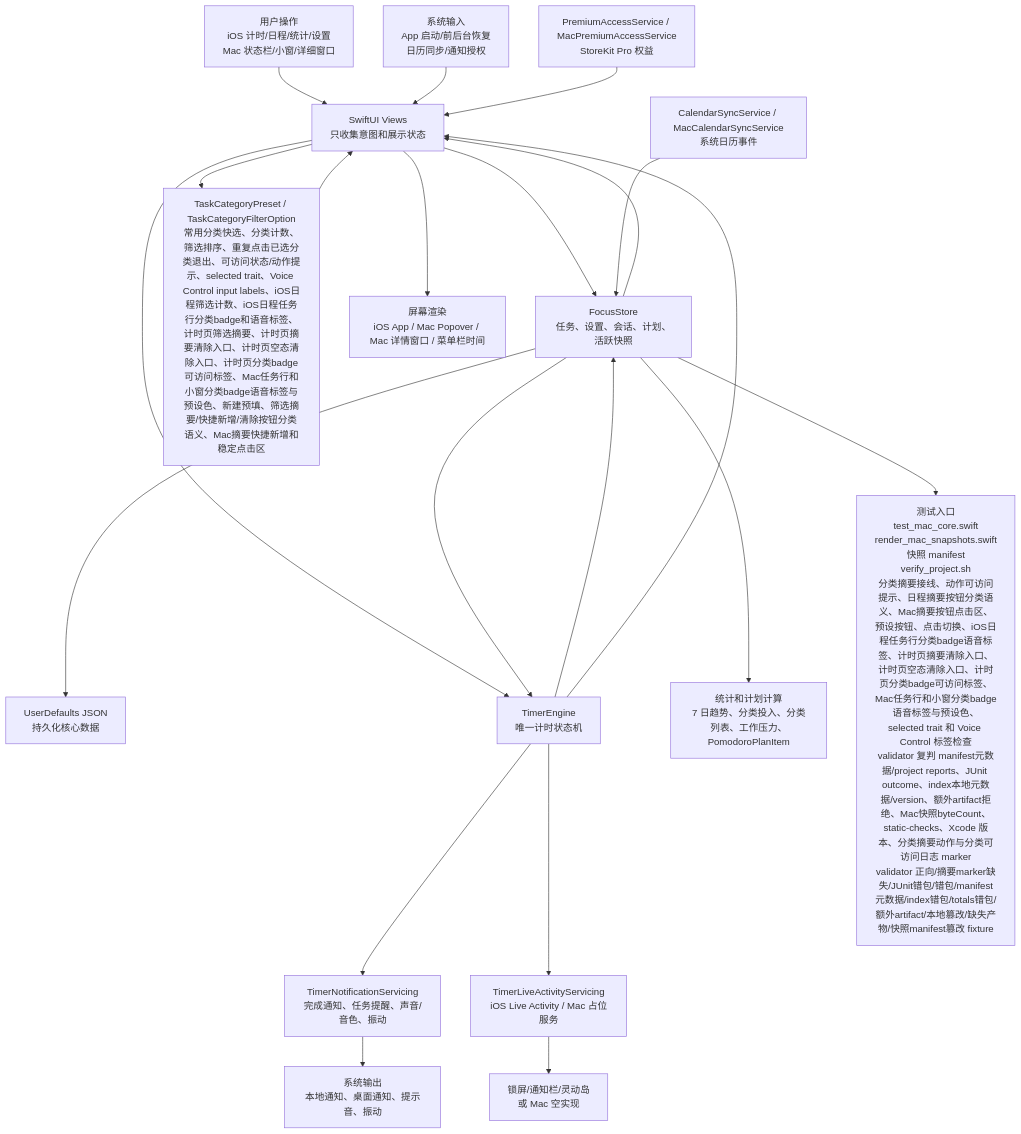
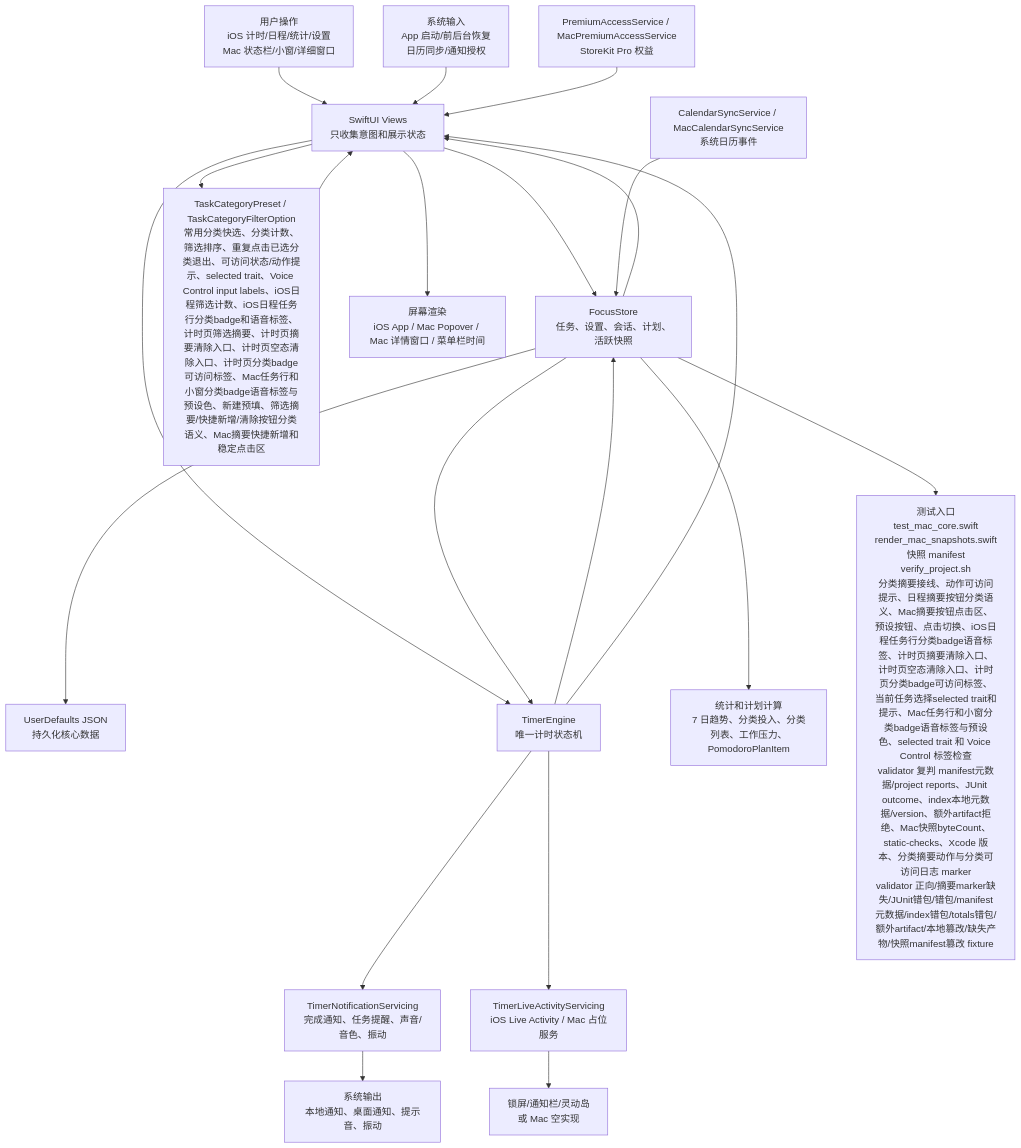
The first of 6 diagrams in md/flow/flowchart.md (Altman-sam114/114), drawn with Mermaid before and after one commit. The commit also changed other lines of this file and 9 other files, not shown here.

````diff
--- a/md/flow/flowchart.md
+++ b/md/flow/flowchart.md
@@ -9,23 +9,23 @@
 ```mermaid
 flowchart TD
   U["用户操作<br/>iOS 计时/日程/统计/设置<br/>Mac 状态栏/小窗/详细窗口"] --> V["SwiftUI Views<br/>只收集意图和展示状态"]
   SYS["系统输入<br/>App 启动/前后台恢复<br/>日历同步/通知授权"] --> V
   V --> S["FocusStore<br/>任务、设置、会话、计划、活跃快照"]
   V --> CAT["TaskCategoryPreset / TaskCategoryFilterOption<br/>常用分类快选、分类计数、筛选排序、重复点击已选分类退出、可访问状态/动作提示、selected trait、Voice Control input labels、iOS日程筛选计数、iOS日程任务行分类badge和语音标签、计时页筛选摘要、计时页摘要清除入口、计时页空态清除入口、计时页分类badge可访问标签、Mac任务行和小窗分类badge语音标签与预设色、新建预填、筛选摘要/快捷新增/清除按钮分类语义、Mac摘要快捷新增和稳定点击区"]
   CAT --> V
   S --> P["UserDefaults JSON<br/>持久化核心数据"]
   V --> E["TimerEngine<br/>唯一计时状态机"]
   S --> E
   E --> S
   E --> N["TimerNotificationServicing<br/>完成通知、任务提醒、声音/音色、振动"]
   E --> L["TimerLiveActivityServicing<br/>iOS Live Activity / Mac 占位服务"]
   S --> C["统计和计划计算<br/>7 日趋势、分类投入、分类列表、工作压力、PomodoroPlanItem"]
   CAL["CalendarSyncService / MacCalendarSyncService<br/>系统日历事件"] --> S
   PRO["PremiumAccessService / MacPremiumAccessService<br/>StoreKit Pro 权益"] --> V
   S --> V
   E --> V
   V --> OUT["屏幕渲染<br/>iOS App / Mac Popover / Mac 详情窗口 / 菜单栏时间"]
   N --> OUT2["系统输出<br/>本地通知、桌面通知、提示音、振动"]
   L --> OUT3["锁屏/通知栏/灵动岛<br/>或 Mac 空实现"]
-  S --> T["测试入口<br/>test_mac_core.swift<br/>render_mac_snapshots.swift<br/>快照 manifest<br/>verify_project.sh<br/>分类摘要接线、动作可访问提示、日程摘要按钮分类语义、Mac摘要按钮点击区、预设按钮、点击切换、iOS日程任务行分类badge语音标签、计时页摘要清除入口、计时页空态清除入口、计时页分类badge可访问标签、Mac任务行和小窗分类badge语音标签与预设色、selected trait 和 Voice Control 标签检查<br/>validator 复判 manifest元数据/project reports、JUnit outcome、index本地元数据/version、额外artifact拒绝、Mac快照byteCount、static-checks、Xcode 版本、分类摘要动作与分类可访问日志 marker<br/>validator 正向/摘要marker缺失/JUnit错包/错包/manifest元数据/index错包/totals错包/额外artifact/本地篡改/缺失产物/快照manifest篡改 fixture"]
+  S --> T["测试入口<br/>test_mac_core.swift<br/>render_mac_snapshots.swift<br/>快照 manifest<br/>verify_project.sh<br/>分类摘要接线、动作可访问提示、日程摘要按钮分类语义、Mac摘要按钮点击区、预设按钮、点击切换、iOS日程任务行分类badge语音标签、计时页摘要清除入口、计时页空态清除入口、计时页分类badge可访问标签、当前任务选择selected trait和提示、Mac任务行和小窗分类badge语音标签与预设色、selected trait 和 Voice Control 标签检查<br/>validator 复判 manifest元数据/project reports、JUnit outcome、index本地元数据/version、额外artifact拒绝、Mac快照byteCount、static-checks、Xcode 版本、分类摘要动作与分类可访问日志 marker<br/>validator 正向/摘要marker缺失/JUnit错包/错包/manifest元数据/index错包/totals错包/额外artifact/本地篡改/缺失产物/快照manifest篡改 fixture"]
 ```
````
